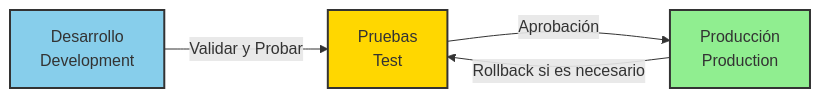
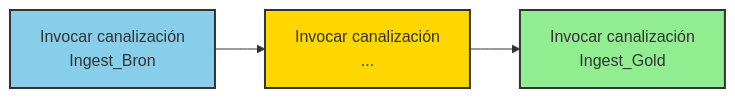
One commit to evaristodataengineer/Fabric-ETL-Dataset-Amazon-Sales---Pipeline-Driven-Approach changed the second of 3 diagrams in README.md. Above: the diagram before and after it, drawn with Mermaid. The commit also changed other lines of this file, not shown here.

````diff
--- a/README.md
+++ b/README.md
@@ -180,10 +921,9 @@
 ```mermaid
 flowchart LR
-    A[Desarrollo<br/>Development] -->|Validar y Probar| B[Pruebas<br/>Test]
-    B -->|Aprobación| C[Producción<br/>Production]
-    C -->|Rollback si es necesario| B
+    A[Invocar canalización<br/>Ingest_Bron] --> B[Invocar canalización<br/>...] 
+    B --> C[Invocar canalización<br/>Ingest_Gold]
     
     style A fill:#87CEEB,stroke:#333,stroke-width:2px
     style B fill:#FFD700,stroke:#333,stroke-width:2px
     style C fill:#90EE90,stroke:#333,stroke-width:2px
 ```
````
